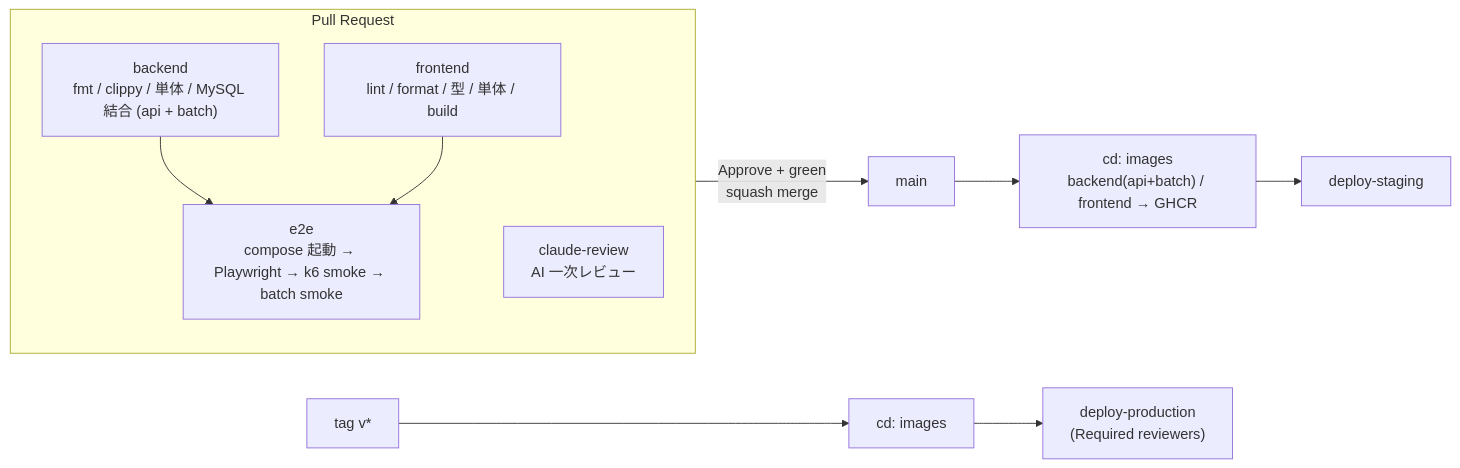
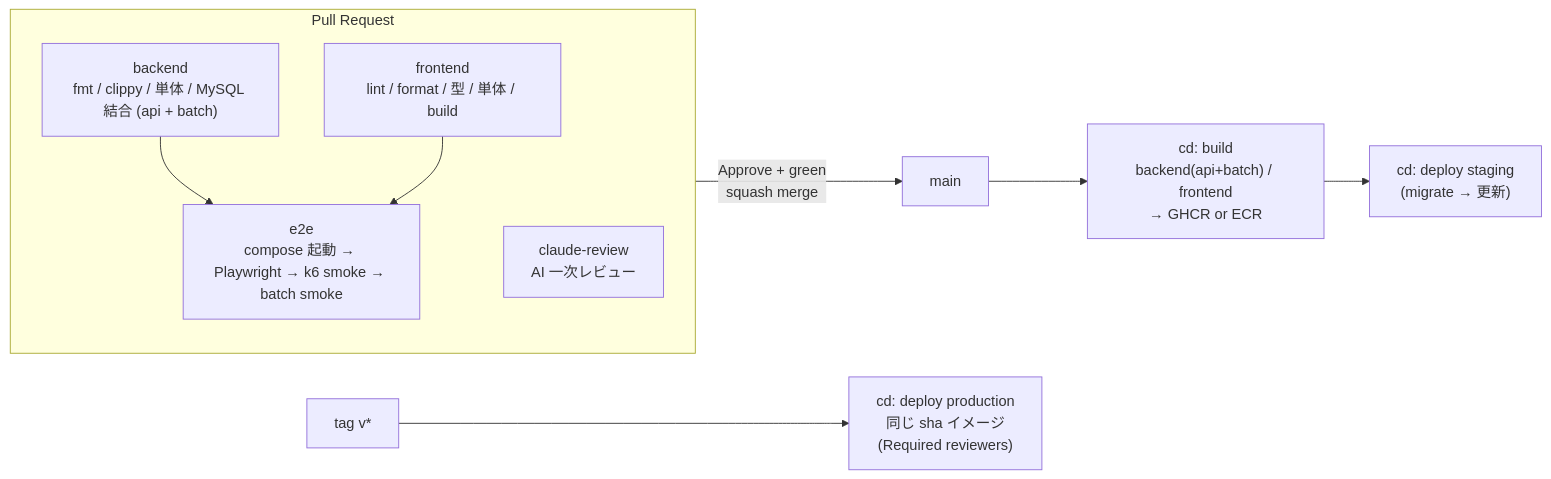
Before and after one commit to ktaishi/rust-next-voiler: diagram 18 of 18 in README.md, drawn with Mermaid. The commit also changed other lines of this file and 45 other files, not shown here.

````diff
--- a/README.md
+++ b/README.md
@@ -541,16 +631,16 @@
 ```mermaid
 flowchart LR
     subgraph PR["Pull Request"]
         direction TB
         B["backend<br/>fmt / clippy / 単体 / MySQL 結合 (api + batch)"]
         F["frontend<br/>lint / format / 型 / 単体 / build"]
         E2E["e2e<br/>compose 起動 → Playwright → k6 smoke → batch smoke"]
         CR["claude-review<br/>AI 一次レビュー"]
         B --> E2E
         F --> E2E
     end
     PR -->|"Approve + green<br/>squash merge"| MAIN["main"]
-    MAIN --> IMG["cd: images<br/>backend(api+batch) / frontend → GHCR"]
-    IMG --> STG["deploy-staging"]
-    TAG["tag v*"] --> IMG2["cd: images"] --> PRD["deploy-production<br/>(Required reviewers)"]
+    MAIN --> IMG["cd: build<br/>backend(api+batch) / frontend<br/>→ GHCR or ECR"]
+    IMG --> STG["cd: deploy staging<br/>(migrate → 更新)"]
+    TAG["tag v*"] --> PRD["cd: deploy production<br/>同じ sha イメージ<br/>(Required reviewers)"]
 ```
````
